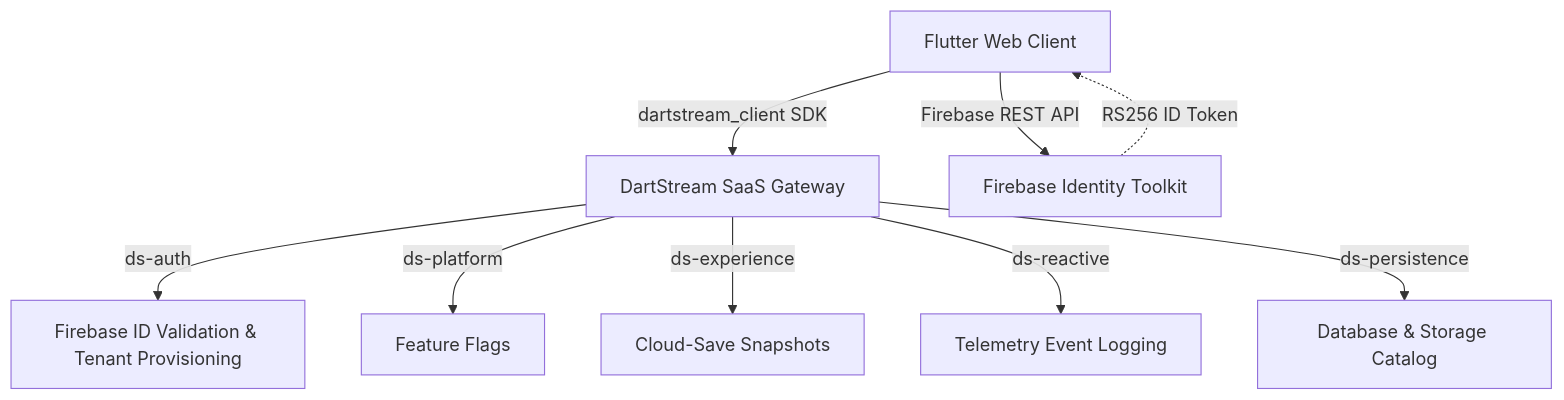
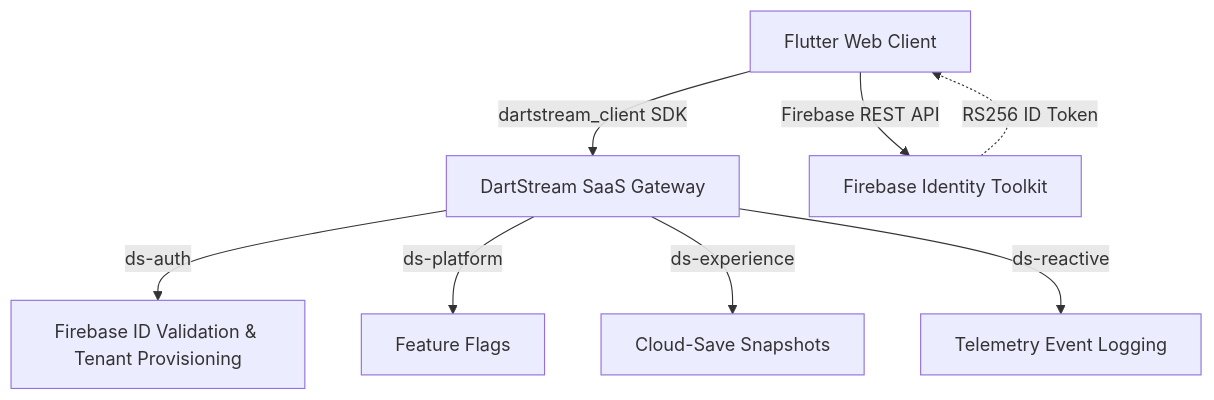
Before and after one commit to lalit-devda/zz-sleep-tracker: the first of 2 diagrams in README.md, drawn with Mermaid. The commit also changed other lines of this file and 9 other files, not shown here.

````diff
--- a/README.md
+++ b/README.md
@@ -11,11 +11,10 @@
 ```mermaid
 graph TD
     A[Flutter Web Client] -->|dartstream_client SDK| B[DartStream SaaS Gateway]
     A -->|Firebase REST API| C[Firebase Identity Toolkit]
     B -->|ds-auth| D[Firebase ID Validation & Tenant Provisioning]
     B -->|ds-platform| E[Feature Flags]
     B -->|ds-experience| F[Cloud-Save Snapshots]
     B -->|ds-reactive| G[Telemetry Event Logging]
-    B -->|ds-persistence| H[Database & Storage Catalog]
     C -.->|RS256 ID Token| A
 ```
````
